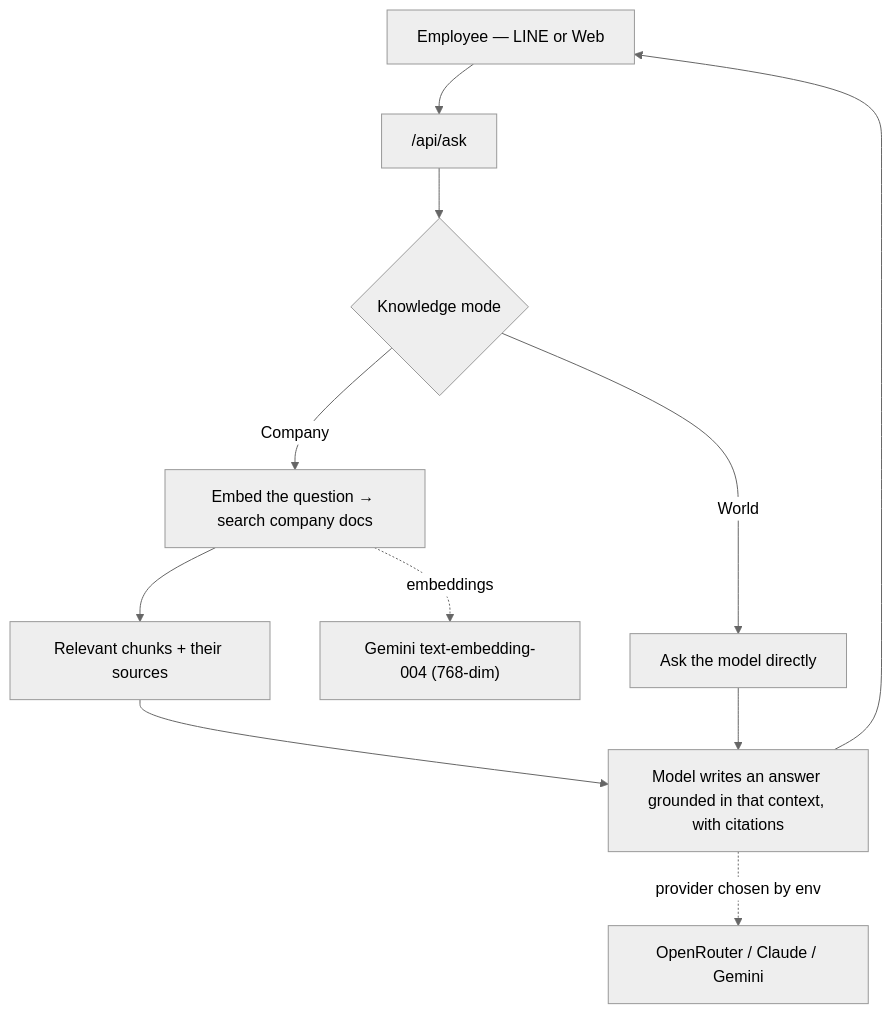
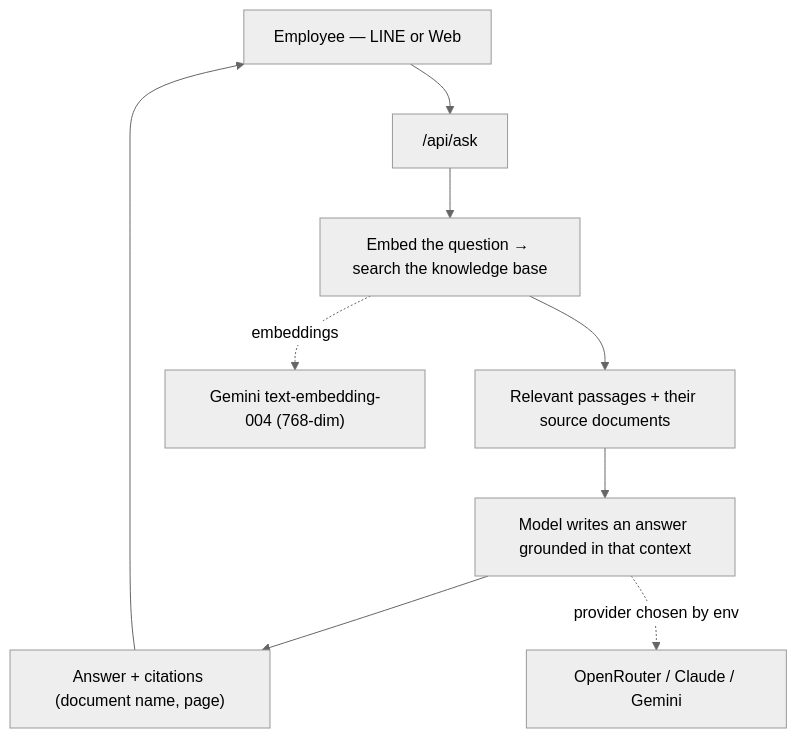
The diagram in README.md (MatchaPL/npc-brain), drawn with Mermaid (neutral theme) before and after one commit. The commit also changed other lines of this file and 17 other files, not shown here.

````diff
--- a/README.md
+++ b/README.md
@@ -47,13 +50,11 @@
 ```mermaid
 flowchart TD
   U["Employee — LINE or Web"] --> Q["/api/ask"]
-  Q --> Mode{Knowledge mode}
-  Mode -->|Company| RAG["Embed the question → search company docs"]
-  Mode -->|World| Direct["Ask the model directly"]
-  RAG --> Ctx["Relevant chunks + their sources"]
-  Ctx --> LLM["Model writes an answer grounded in that context, with citations"]
-  Direct --> LLM
-  LLM --> U
+  Q --> RAG["Embed the question → search the knowledge base"]
+  RAG --> Ctx["Relevant passages + their source documents"]
+  Ctx --> LLM["Model writes an answer grounded in that context"]
+  LLM --> A["Answer + citations (document name, page)"]
+  A --> U
   LLM -. "provider chosen by env" .-> P["OpenRouter / Claude / Gemini"]
   RAG -. "embeddings" .-> G["Gemini text-embedding-004 (768-dim)"]
 ```
````
